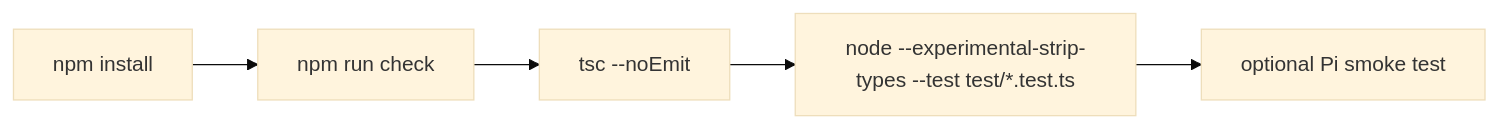
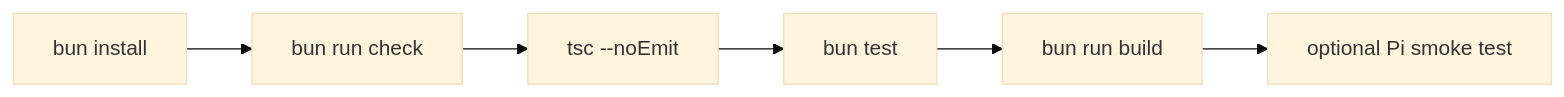
Before and after one commit to wichayutdew/pi-workflows: the first of 5 diagrams in openwiki/development/testing.md, drawn with Mermaid (base theme). The commit also changed other lines of this file and 84 other files, not shown here.

````diff
--- a/openwiki/development/testing.md
+++ b/openwiki/development/testing.md
@@ -5,7 +5,8 @@
 ```mermaid
 flowchart LR
-  Install[npm install] --> Check[npm run check]
+  Install[bun install] --> Check[bun run check]
   Check --> Typecheck[tsc --noEmit]
-  Typecheck --> Tests[node --experimental-strip-types --test test/*.test.ts]
-  Tests --> PiSmoke[optional Pi smoke test]
+  Typecheck --> Tests[bun test]
+  Tests --> Build[bun run build]
+  Build --> PiSmoke[optional Pi smoke test]
 ```
````
